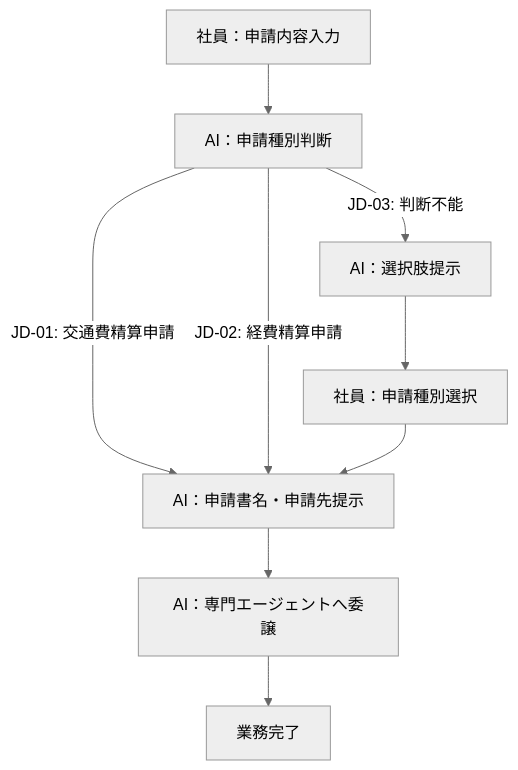
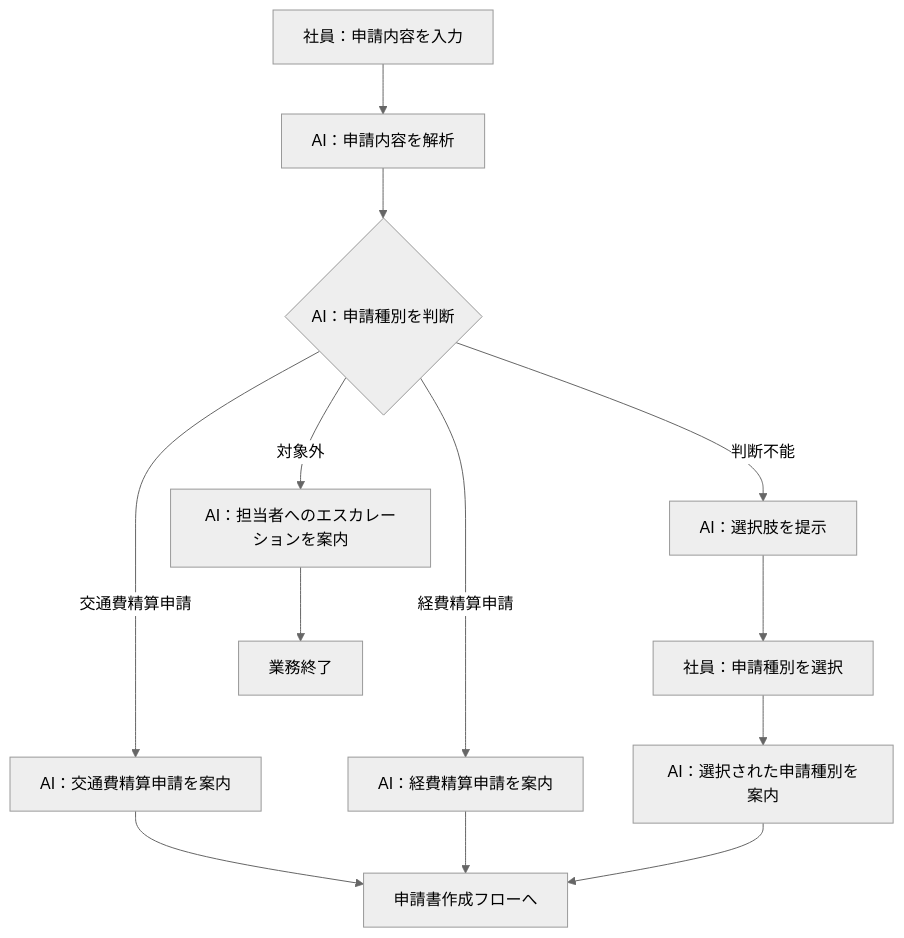
One commit to horii003/AIAgentBook changed the first of 2 diagrams in artifacts/01_business-requirements/outputs/業務プロセス定義.md. Above: the diagram before and after it, drawn with Mermaid (neutral theme). The commit also changed other lines of this file and 115 other files, not shown here.

````diff
--- a/artifacts/01_business-requirements/outputs/業務プロセス定義.md
+++ b/artifacts/01_business-requirements/outputs/業務プロセス定義.md
@@ -29,11 +29,15 @@
 ```mermaid
 flowchart TD
-    A[社員：申請内容入力] --> B[AI：申請種別判断]
-    B -->|JD-01: 交通費精算申請| C[AI：申請書名・申請先提示]
-    B -->|JD-02: 経費精算申請| C
-    B -->|JD-03: 判断不能| D[AI：選択肢提示]
-    D --> E[社員：申請種別選択]
-    E --> C
-    C --> F[AI：専門エージェントへ委譲]
-    F --> G[業務完了]
+    A[社員：申請内容を入力] --> B[AI：申請内容を解析]
+    B --> C{AI：申請種別を判断}
+    C -->|交通費精算申請| D[AI：交通費精算申請を案内]
+    C -->|経費精算申請| E[AI：経費精算申請を案内]
+    C -->|判断不能| F[AI：選択肢を提示]
+    C -->|対象外| G[AI：担当者へのエスカレーションを案内]
+    F --> H[社員：申請種別を選択]
+    H --> I[AI：選択された申請種別を案内]
+    D --> J[申請書作成フローへ]
+    E --> J
+    I --> J
+    G --> K[業務終了]
 ```
````
